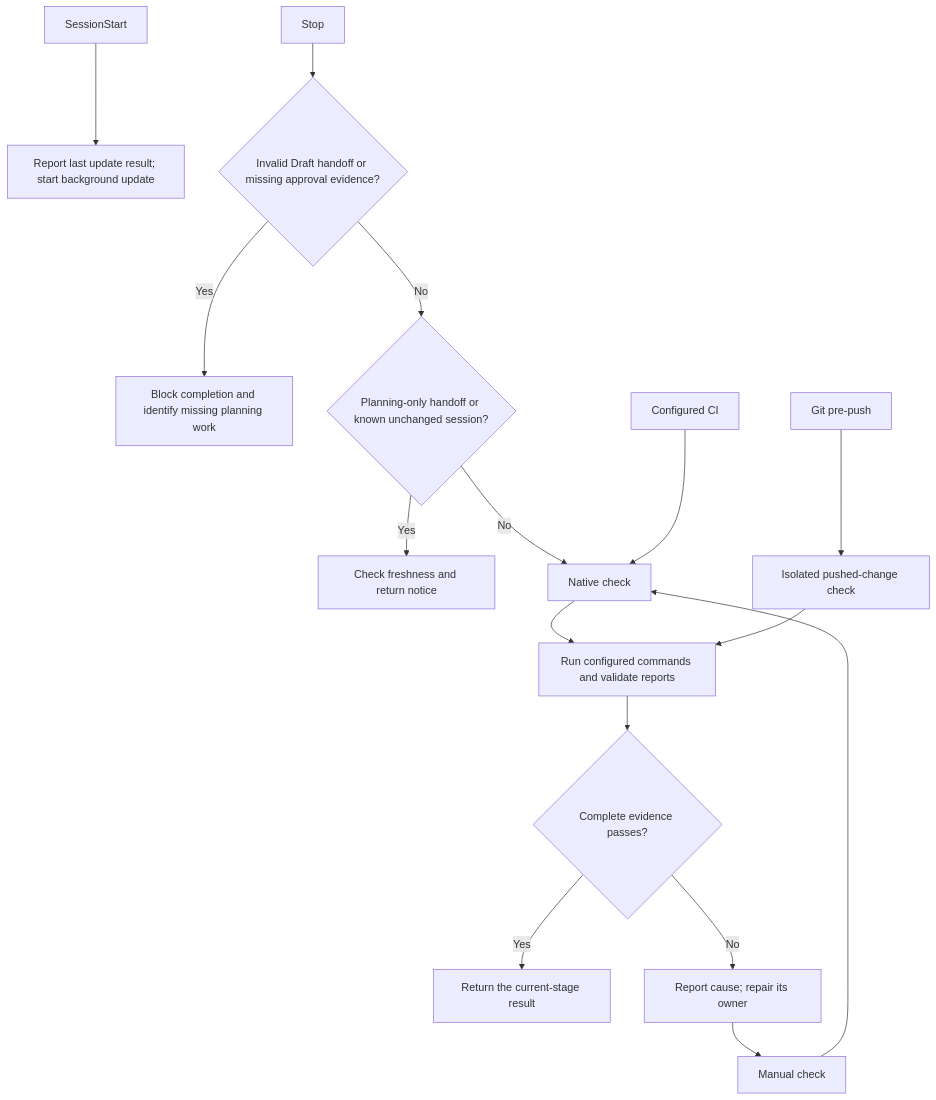
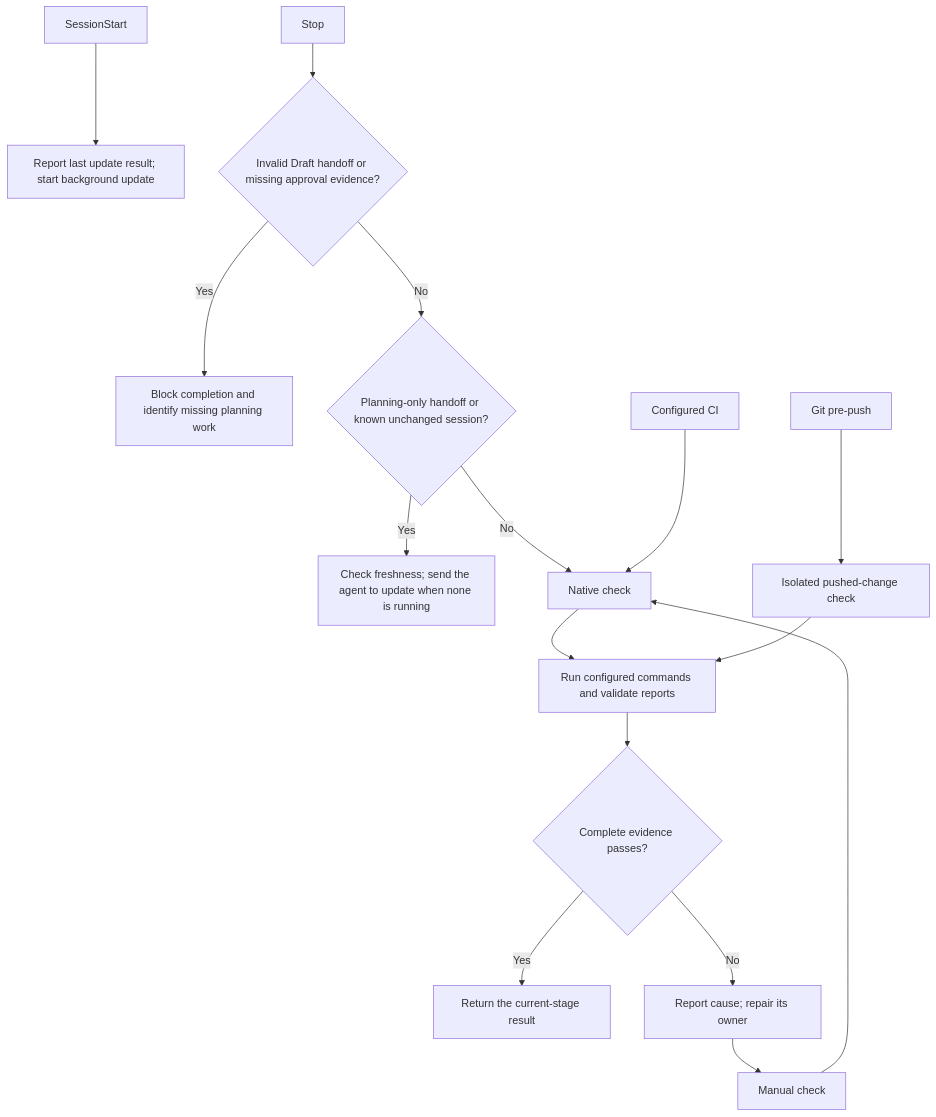
One commit to sgaabdu4/hard-eng changed the seventh of 7 diagrams in README.md. Above: the diagram before and after it, drawn with Mermaid. The commit also changed other lines of this file and 8 other files, not shown here.

First line of the commit message:
Send update failures and stale-scaffold notices to the agent (#225)

````diff
--- a/README.md
+++ b/README.md
@@ -225,18 +225,18 @@
 ```mermaid
 flowchart TD
   A[SessionStart] --> B[Report last update result; start background update]
   C[Stop] --> D{Invalid Draft handoff or missing approval evidence?}
   D -->|Yes| F[Block completion and identify missing planning work]
   D -->|No| P{Planning-only handoff or known unchanged session?}
-  P -->|Yes| E[Check freshness and return notice]
+  P -->|Yes| E[Check freshness; send the agent to update when none is running]
   P -->|No| G[Native check]
   H[Manual check] --> G
   I[Git pre-push] --> J[Isolated pushed-change check]
   K[Configured CI] --> G
   G --> L[Run configured commands and validate reports]
   J --> L
   L --> M{Complete evidence passes?}
   M -->|Yes| N[Return the current-stage result]
   M -->|No| O[Report cause; repair its owner]
   O --> H
 ```
````
